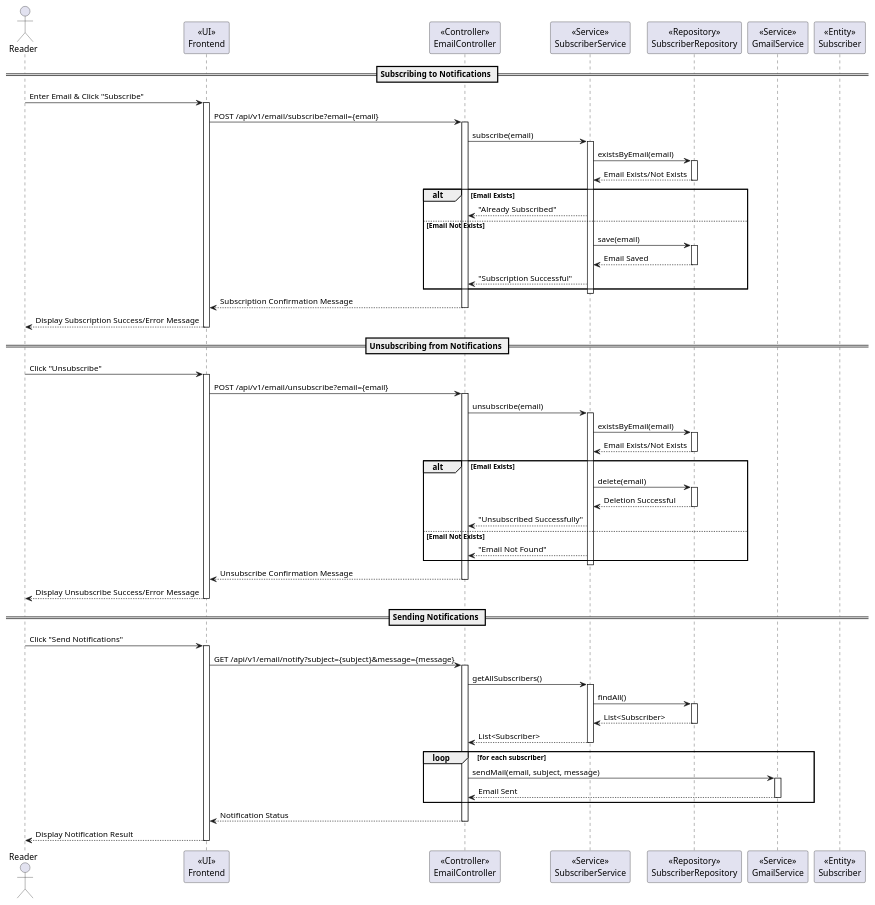
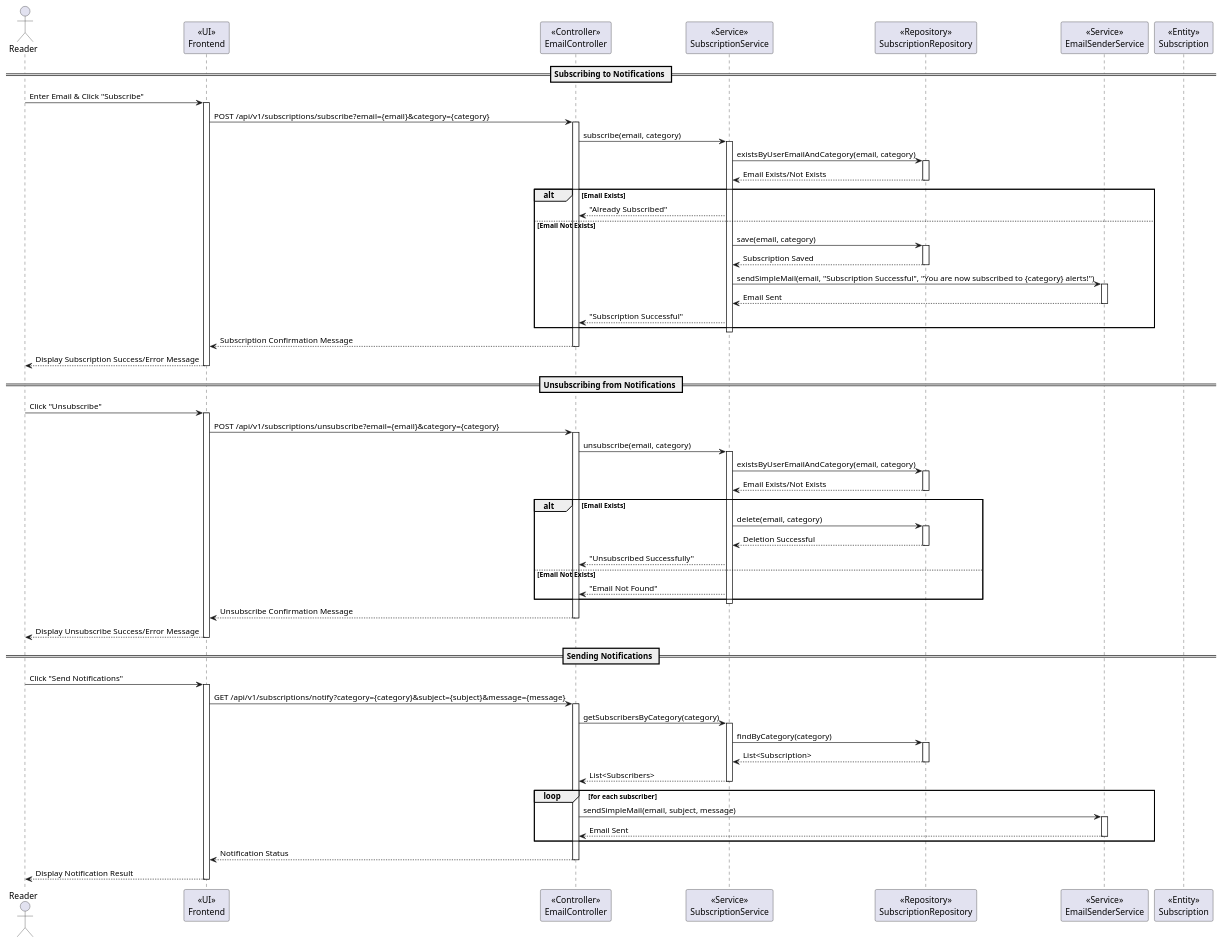
Before and after one commit to Valthefirst/league_alerts-ChamplainECP: the diagram in Diagrams/Sprints/Sprint4-Diagrams/DLSD/DLSDsubscribeToNotifications.puml, drawn with PlantUML. The commit also changed 7 other files, not shown here.

Commit message:
added diagrams

```diff
--- a/Diagrams/Sprints/Sprint4-Diagrams/DLSD/DLSDsubscribeToNotifications.puml
+++ b/Diagrams/Sprints/Sprint4-Diagrams/DLSD/DLSDsubscribeToNotifications.puml
@@ -1,107 +1,111 @@
 @startuml
 actor Reader
 participant Frontend as "<<UI>>\nFrontend"
 participant EmailController as "<<Controller>>\nEmailController"
-participant SubscriberService as "<<Service>>\nSubscriberService"
-participant SubscriberRepository as "<<Repository>>\nSubscriberRepository"
-participant GmailService as "<<Service>>\nGmailService"
-participant Subscriber as "<<Entity>>\nSubscriber"
+participant SubscriptionService as "<<Service>>\nSubscriptionService"
+participant SubscriptionRepository as "<<Repository>>\nSubscriptionRepository"
+participant EmailSenderService as "<<Service>>\nEmailSenderService"
+participant Subscription as "<<Entity>>\nSubscription"
 
 == Subscribing to Notifications ==
 Reader -> Frontend : Enter Email & Click "Subscribe"
 activate Frontend
 
-Frontend -> EmailController : POST /api/v1/email/subscribe?email={email}
+Frontend -> EmailController : POST /api/v1/subscriptions/subscribe?email={email}&category={category}
 activate EmailController
 
-EmailController -> SubscriberService : subscribe(email)
-activate SubscriberService
+EmailController -> SubscriptionService : subscribe(email, category)
+activate SubscriptionService
 
-SubscriberService -> SubscriberRepository : existsByEmail(email)
-activate SubscriberRepository
-SubscriberRepository --> SubscriberService : Email Exists/Not Exists
-deactivate SubscriberRepository
+SubscriptionService -> SubscriptionRepository : existsByUserEmailAndCategory(email, category)
+activate SubscriptionRepository
+SubscriptionRepository --> SubscriptionService : Email Exists/Not Exists
+deactivate SubscriptionRepository
 
 alt Email Exists
-    SubscriberService --> EmailController : "Already Subscribed"
+    SubscriptionService --> EmailController : "Already Subscribed"
 else Email Not Exists
-    SubscriberService -> SubscriberRepository : save(email)
-    activate SubscriberRepository
-    SubscriberRepository --> SubscriberService : Email Saved
-    deactivate SubscriberRepository
-    SubscriberService --> EmailController : "Subscription Successful"
+    SubscriptionService -> SubscriptionRepository : save(email, category)
+    activate SubscriptionRepository
+    SubscriptionRepository --> SubscriptionService : Subscription Saved
+    deactivate SubscriptionRepository
+    SubscriptionService -> EmailSenderService : sendSimpleMail(email, "Subscription Successful", "You are now subscribed to {category} alerts!")
+    activate EmailSenderService
+    EmailSenderService --> SubscriptionService : Email Sent
+    deactivate EmailSenderService
+    SubscriptionService --> EmailController : "Subscription Successful"
 end
 
-deactivate SubscriberService
+deactivate SubscriptionService
 EmailController --> Frontend : Subscription Confirmation Message
 
 deactivate EmailController
 Frontend --> Reader : Display Subscription Success/Error Message
 
 deactivate Frontend
 
 == Unsubscribing from Notifications ==
 Reader -> Frontend : Click "Unsubscribe"
 activate Frontend
 
-Frontend -> EmailController : POST /api/v1/email/unsubscribe?email={email}
+Frontend -> EmailController : POST /api/v1/subscriptions/unsubscribe?email={email}&category={category}
 activate EmailController
 
-EmailController -> SubscriberService : unsubscribe(email)
-activate SubscriberService
+EmailController -> SubscriptionService : unsubscribe(email, category)
+activate SubscriptionService
 
-SubscriberService -> SubscriberRepository : existsByEmail(email)
-activate SubscriberRepository
-SubscriberRepository --> SubscriberService : Email Exists/Not Exists
-deactivate SubscriberRepository
+SubscriptionService -> SubscriptionRepository : existsByUserEmailAndCategory(email, category)
+activate SubscriptionRepository
+SubscriptionRepository --> SubscriptionService : Email Exists/Not Exists
+deactivate SubscriptionRepository
 
 alt Email Exists
-    SubscriberService -> SubscriberRepository : delete(email)
-    activate SubscriberRepository
-    SubscriberRepository --> SubscriberService : Deletion Successful
-    deactivate SubscriberRepository
-    SubscriberService --> EmailController : "Unsubscribed Successfully"
+    SubscriptionService -> SubscriptionRepository : delete(email, category)
+    activate SubscriptionRepository
+    SubscriptionRepository --> SubscriptionService : Deletion Successful
+    deactivate SubscriptionRepository
+    SubscriptionService --> EmailController : "Unsubscribed Successfully"
 else Email Not Exists
-    SubscriberService --> EmailController : "Email Not Found"
+    SubscriptionService --> EmailController : "Email Not Found"
 end
 
-deactivate SubscriberService
+deactivate SubscriptionService
 EmailController --> Frontend : Unsubscribe Confirmation Message
 
 deactivate EmailController
 Frontend --> Reader : Display Unsubscribe Success/Error Message
 
 deactivate Frontend
 
 == Sending Notifications ==
 Reader -> Frontend : Click "Send Notifications"
 activate Frontend
 
-Frontend -> EmailController : GET /api/v1/email/notify?subject={subject}&message={message}
+Frontend -> EmailController : GET /api/v1/subscriptions/notify?category={category}&subject={subject}&message={message}
 activate EmailController
 
-EmailController -> SubscriberService : getAllSubscribers()
-activate SubscriberService
+EmailController -> SubscriptionService : getSubscribersByCategory(category)
+activate SubscriptionService
 
-SubscriberService -> SubscriberRepository : findAll()
-activate SubscriberRepository
-SubscriberRepository --> SubscriberService : List<Subscriber>
-deactivate SubscriberRepository
+SubscriptionService -> SubscriptionRepository : findByCategory(category)
+activate SubscriptionRepository
+SubscriptionRepository --> SubscriptionService : List<Subscription>
+deactivate SubscriptionRepository
 
-SubscriberService --> EmailController : List<Subscriber>
-deactivate SubscriberService
+SubscriptionService --> EmailController : List<Subscribers>
+deactivate SubscriptionService
 
 loop for each subscriber
-    EmailController -> GmailService : sendMail(email, subject, message)
-    activate GmailService
-    GmailService --> EmailController : Email Sent
-    deactivate GmailService
+    EmailController -> EmailSenderService : sendSimpleMail(email, subject, message)
+    activate EmailSenderService
+    EmailSenderService --> EmailController : Email Sent
+    deactivate EmailSenderService
 end
 
 EmailController --> Frontend : Notification Status
 
 deactivate EmailController
 Frontend --> Reader : Display Notification Result
 
 deactivate Frontend
 @enduml
```
